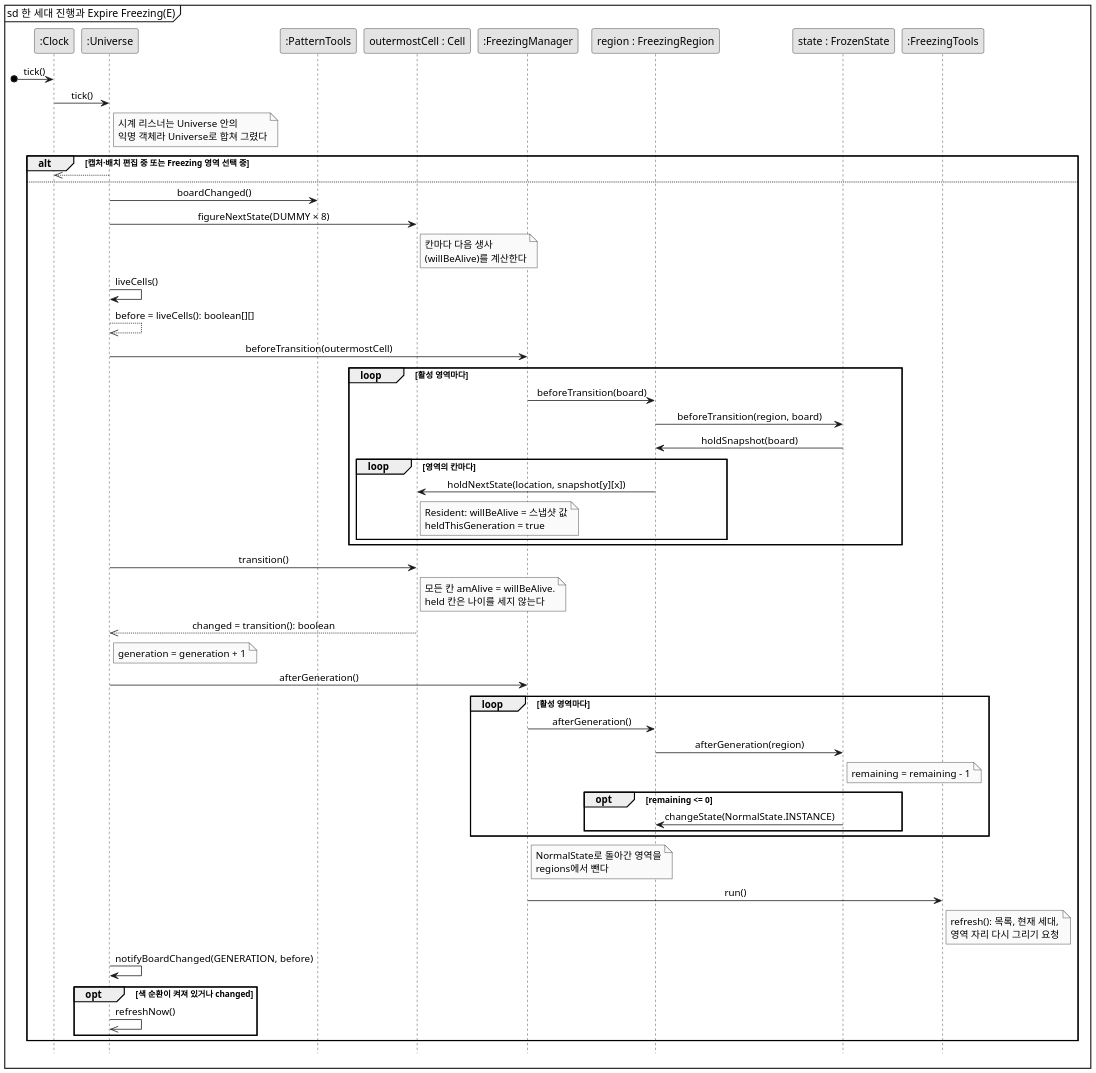
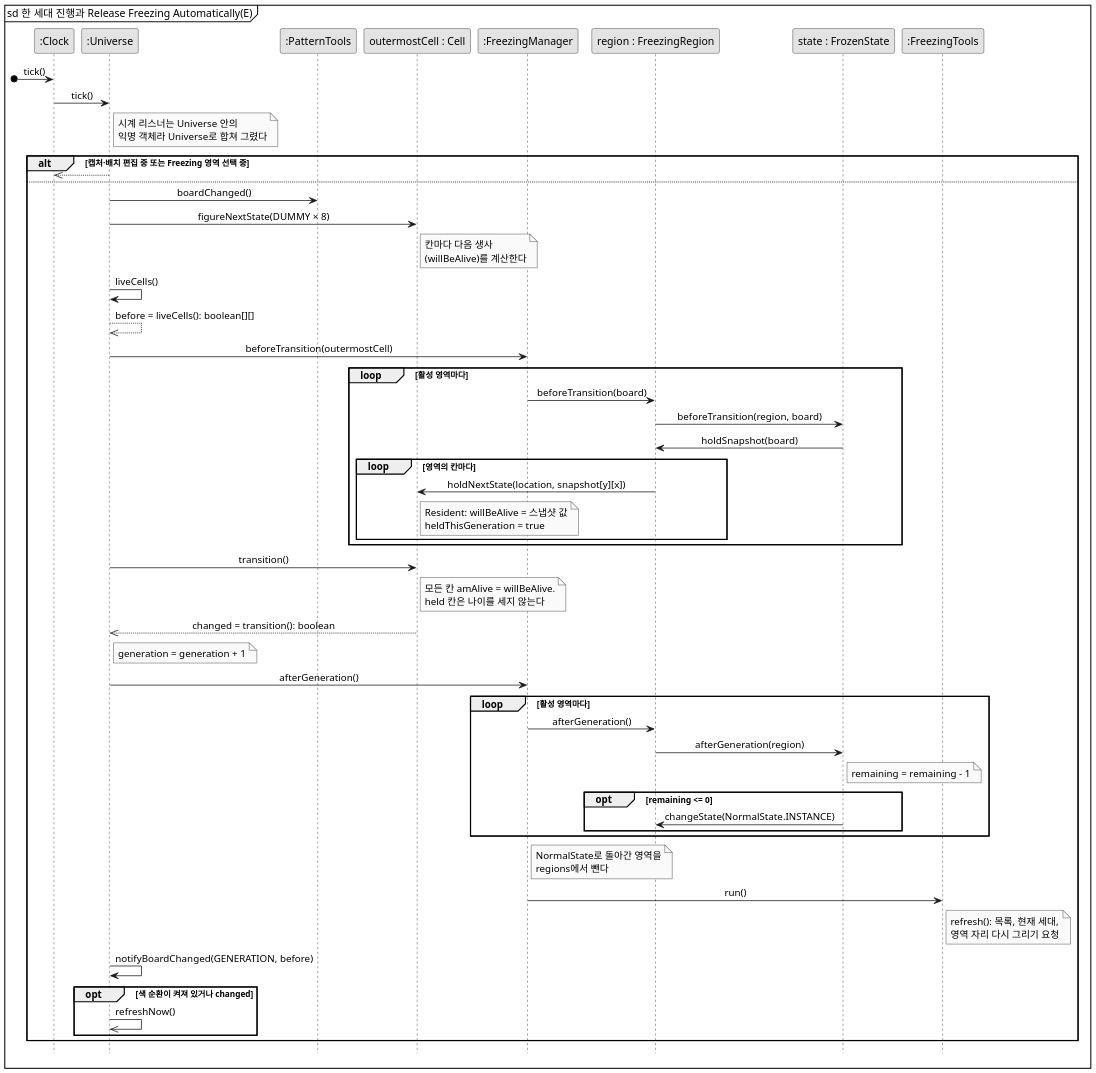
The diagram in docs/freezing/diagram/sd-auto-release.puml (mckimR1972/DP_team_project), drawn with PlantUML before and after one commit. The commit also changed 8 other files, not shown here.

First line of the commit message:
docs: 자동 해제 유스케이스 이름을 Release Freezing Automatically(E)로 바꿈

```diff
--- a/docs/freezing/diagram/sd-auto-release.puml
+++ b/docs/freezing/diagram/sd-auto-release.puml
@@ -1,66 +1,66 @@
 @startuml sd-auto-release
 skinparam monochrome true
 skinparam dpi 150
 skinparam shadowing false
 skinparam defaultFontName "Malgun Gothic"
 skinparam sequenceMessageAlign center
 hide footbox
-mainframe sd 한 세대 진행과 Expire Freezing(E)
+mainframe sd 한 세대 진행과 Release Freezing Automatically(E)
 
 participant ":Clock" as C
 participant ":Universe" as U
 participant ":PatternTools" as P
 participant "outermostCell : Cell" as B
 participant ":FreezingManager" as M
 participant "region : FreezingRegion" as R
 participant "state : FrozenState" as F
 participant ":FreezingTools" as T
 
 [o-> C : tick()
 C -> U : tick()
 note right of U : 시계 리스너는 Universe 안의\n익명 객체라 Universe로 합쳐 그렸다
 
 alt 캡처·배치 편집 중 또는 Freezing 영역 선택 중
   U -->> C
 else
   U -> P : boardChanged()
   U -> B : figureNextState(DUMMY × 8)
   note right of B : 칸마다 다음 생사\n(willBeAlive)를 계산한다
   U -> U : liveCells()
   U -->> U : before = liveCells(): boolean[][]
 
   U -> M : beforeTransition(outermostCell)
   loop 활성 영역마다
     M -> R : beforeTransition(board)
     R -> F : beforeTransition(region, board)
     F -> R : holdSnapshot(board)
     loop 영역의 칸마다
       R -> B : holdNextState(location, snapshot[y][x])
       note right of B : Resident: willBeAlive = 스냅샷 값\nheldThisGeneration = true
     end
   end
 
   U -> B : transition()
   note right of B : 모든 칸 amAlive = willBeAlive.\nheld 칸은 나이를 세지 않는다
   B -->> U : changed = transition(): boolean
   note right of U : generation = generation + 1
 
   U -> M : afterGeneration()
   loop 활성 영역마다
     M -> R : afterGeneration()
     R -> F : afterGeneration(region)
     note right of F : remaining = remaining - 1
     opt remaining <= 0
       F -> R : changeState(NormalState.INSTANCE)
     end
   end
   note right of M : NormalState로 돌아간 영역을\nregions에서 뺀다
   M -> T : run()
   note right of T : refresh(): 목록, 현재 세대,\n영역 자리 다시 그리기 요청
 
   U -> U : notifyBoardChanged(GENERATION, before)
   opt 색 순환이 켜져 있거나 changed
     U ->> U : refreshNow()
   end
 end
 @enduml
```
